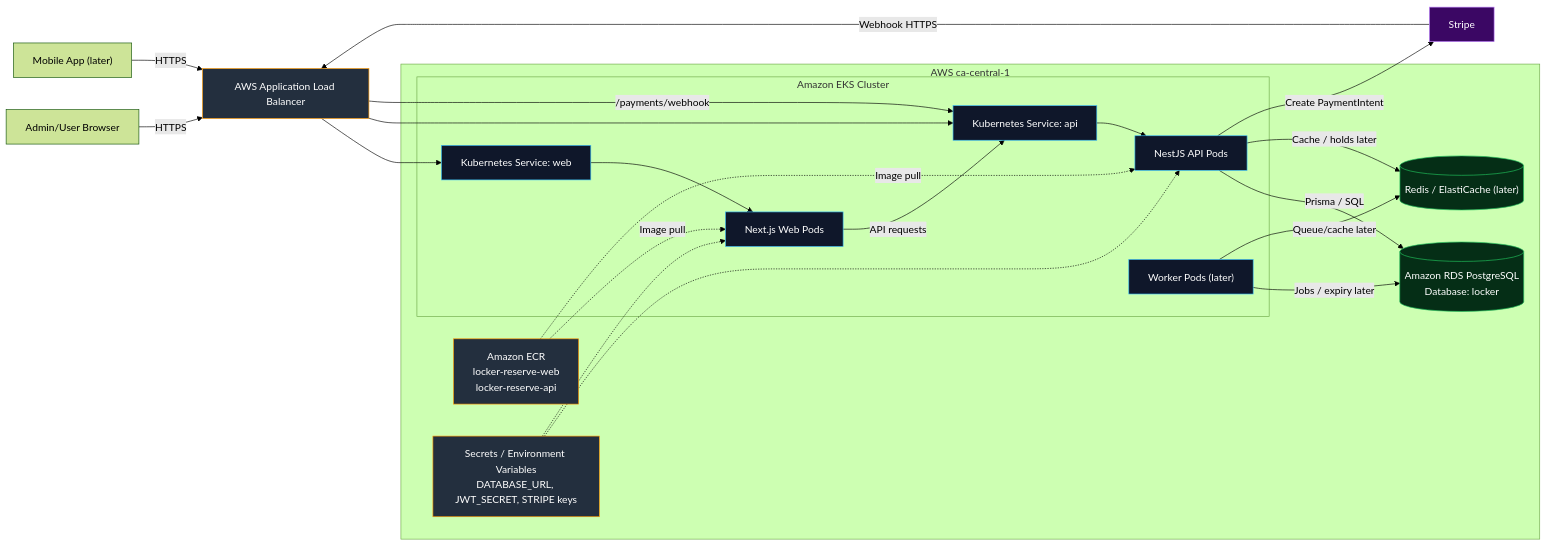
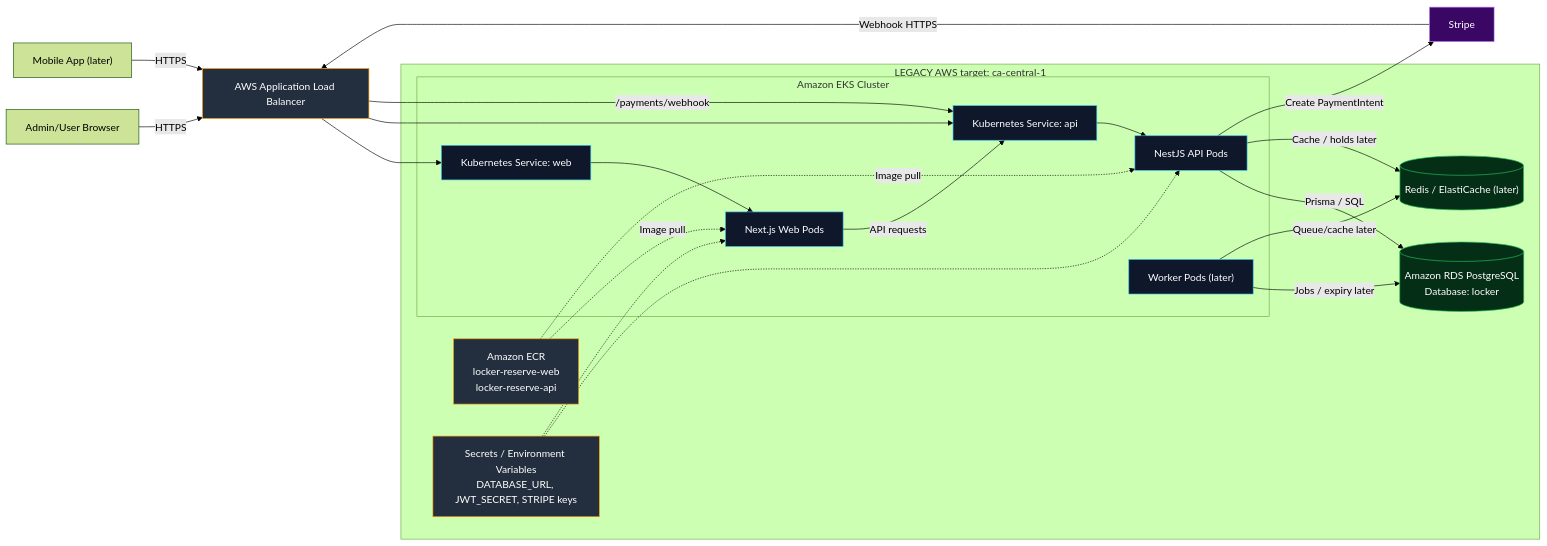
The diagram in docs/diagrams/locker-reserve-aws-eks-architecture.mmd (Bradleyh212/locker-reserve), drawn with Mermaid (forest theme) before and after one commit. The commit also changed 25 other files, not shown here.

```diff
--- a/docs/diagrams/locker-reserve-aws-eks-architecture.mmd
+++ b/docs/diagrams/locker-reserve-aws-eks-architecture.mmd
@@ -1,47 +1,47 @@
 flowchart LR
-	%% Locker Reserve - AWS/EKS Target Architecture
+	%% LEGACY: previous AWS/EKS target, not a verified live deployment. See ../deployment.md.
 
 	U["Admin/User Browser"] -->|HTTPS| ALB["AWS Application Load Balancer"]
 	M["Mobile App (later)"] -->|HTTPS| ALB
 
 	ALB --> WEB_SVC["Kubernetes Service: web"]
 	ALB --> API_SVC["Kubernetes Service: api"]
 
-	subgraph AWS["AWS ca-central-1"]
+	subgraph AWS["LEGACY AWS target: ca-central-1"]
 		subgraph EKS["Amazon EKS Cluster"]
 			WEB_SVC --> WEB_PODS["Next.js Web Pods"]
 			API_SVC --> API_PODS["NestJS API Pods"]
 			WORKER["Worker Pods (later)"]
 		end
 
 		ECR["Amazon ECR\nlocker-reserve-web\nlocker-reserve-api"]
 		RDS[("Amazon RDS PostgreSQL\nDatabase: locker")]
 		REDIS[("Redis / ElastiCache (later)")]
 		SM["Secrets / Environment Variables\nDATABASE_URL, JWT_SECRET, STRIPE keys"]
 	end
 
 	ECR -.->|Image pull| WEB_PODS
 	ECR -.->|Image pull| API_PODS
 
 	WEB_PODS -->|API requests| API_SVC
 	API_PODS -->|Prisma / SQL| RDS
 	API_PODS -->|Cache / holds later| REDIS
 	WORKER -->|Jobs / expiry later| RDS
 	WORKER -->|Queue/cache later| REDIS
 
 	API_PODS -->|Create PaymentIntent| STRIPE["Stripe"]
 	STRIPE -->|Webhook HTTPS| ALB
 	ALB -->|/payments/webhook| API_SVC
 
 	SM -.-> API_PODS
 	SM -.-> WEB_PODS
 
 	classDef aws fill:#232f3e,stroke:#ff9900,color:#ffffff;
 	classDef app fill:#0f172a,stroke:#38bdf8,color:#ffffff;
 	classDef data fill:#052e16,stroke:#22c55e,color:#ffffff;
 	classDef external fill:#3b0764,stroke:#c084fc,color:#ffffff;
 
 	class ALB,ECR,SM aws;
 	class WEB_SVC,API_SVC,WEB_PODS,API_PODS,WORKER app;
 	class RDS,REDIS data;
 	class STRIPE external;
```
